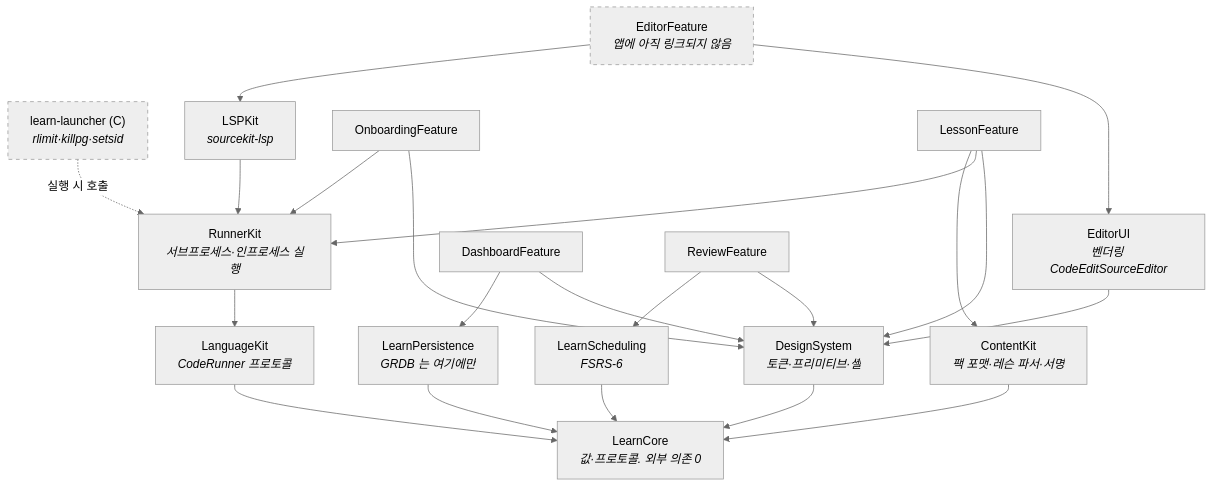
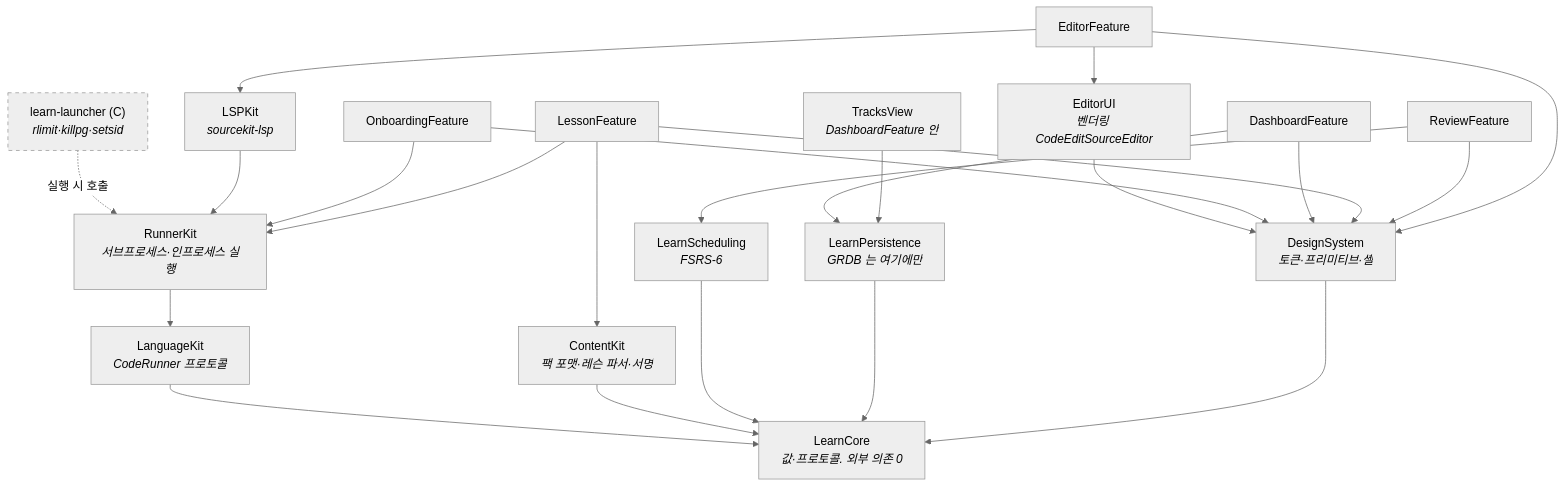
One commit to bunhine0452/polyglot-study changed the second of 4 diagrams in README.md. Above: the diagram before and after it, drawn with Mermaid (neutral theme). The commit also changed other lines of this file and 9 other files, not shown here.

````diff
--- a/README.md
+++ b/README.md
@@ -100,31 +101,32 @@
 ```mermaid
 graph TD
   LearnCore["LearnCore<br/><i>값·프로토콜. 외부 의존 0</i>"]
 
   LanguageKit["LanguageKit<br/><i>CodeRunner 프로토콜</i>"] --> LearnCore
   ContentKit["ContentKit<br/><i>팩 포맷·레슨 파서·서명</i>"] --> LearnCore
   LearnScheduling["LearnScheduling<br/><i>FSRS-6</i>"] --> LearnCore
   LearnPersistence["LearnPersistence<br/><i>GRDB 는 여기에만</i>"] --> LearnCore
   DesignSystem["DesignSystem<br/><i>토큰·프리미티브·셸</i>"] --> LearnCore
 
   RunnerKit["RunnerKit<br/><i>서브프로세스·인프로세스 실행</i>"] --> LanguageKit
   launcher["learn-launcher (C)<br/><i>rlimit·killpg·setsid</i>"] -.->|실행 시 호출| RunnerKit
   LSPKit["LSPKit<br/><i>sourcekit-lsp</i>"] --> RunnerKit
   EditorUI["EditorUI<br/><i>벤더링 CodeEditSourceEditor</i>"] --> DesignSystem
 
   Onboarding["OnboardingFeature"] --> RunnerKit
   Dashboard["DashboardFeature"] --> LearnPersistence
   Lesson["LessonFeature"] --> ContentKit
   Lesson --> RunnerKit
   Review["ReviewFeature"] --> LearnScheduling
-  Editor["EditorFeature<br/><i>앱에 아직 링크되지 않음</i>"] --> LSPKit
+  Editor["EditorFeature"] --> LSPKit
   Editor --> EditorUI
+  Tracks["TracksView<br/><i>DashboardFeature 안</i>"] --> LearnPersistence
 
   Onboarding --> DesignSystem
   Dashboard --> DesignSystem
   Lesson --> DesignSystem
   Review --> DesignSystem
+  Editor --> DesignSystem
 
-  style Editor stroke-dasharray: 5 5
   style launcher stroke-dasharray: 5 5
 ```
````
